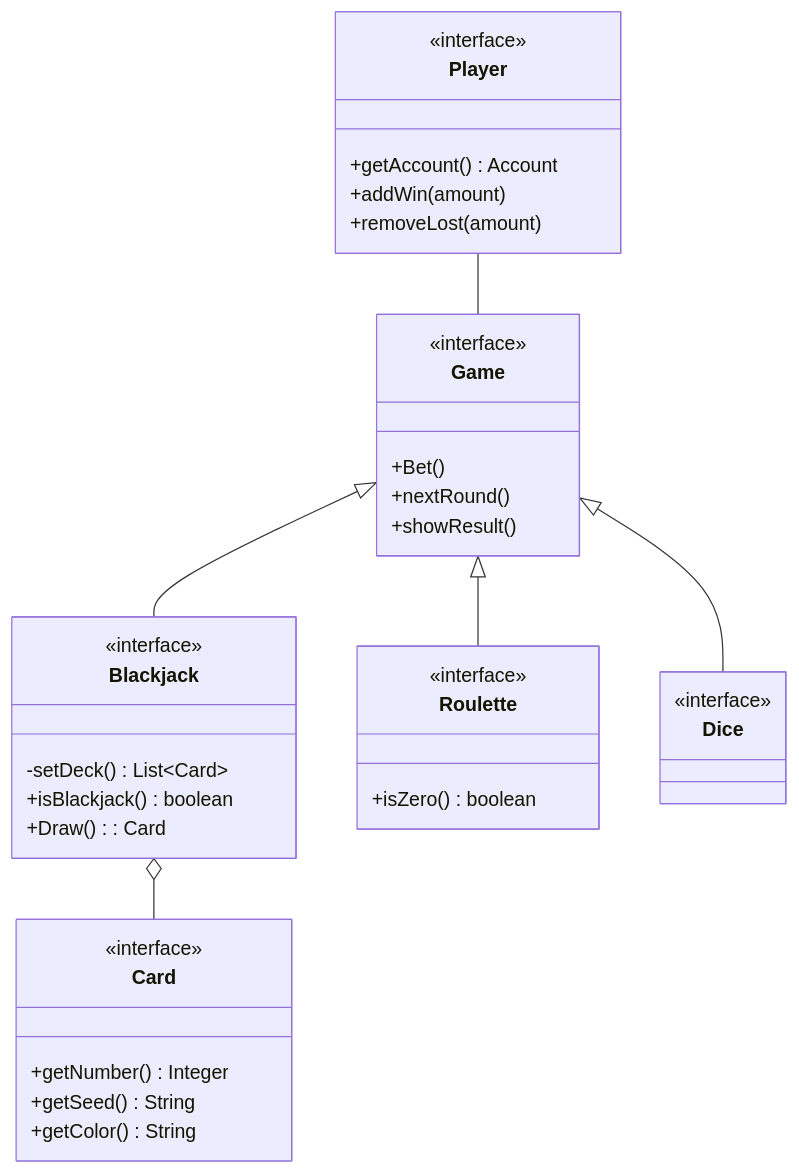
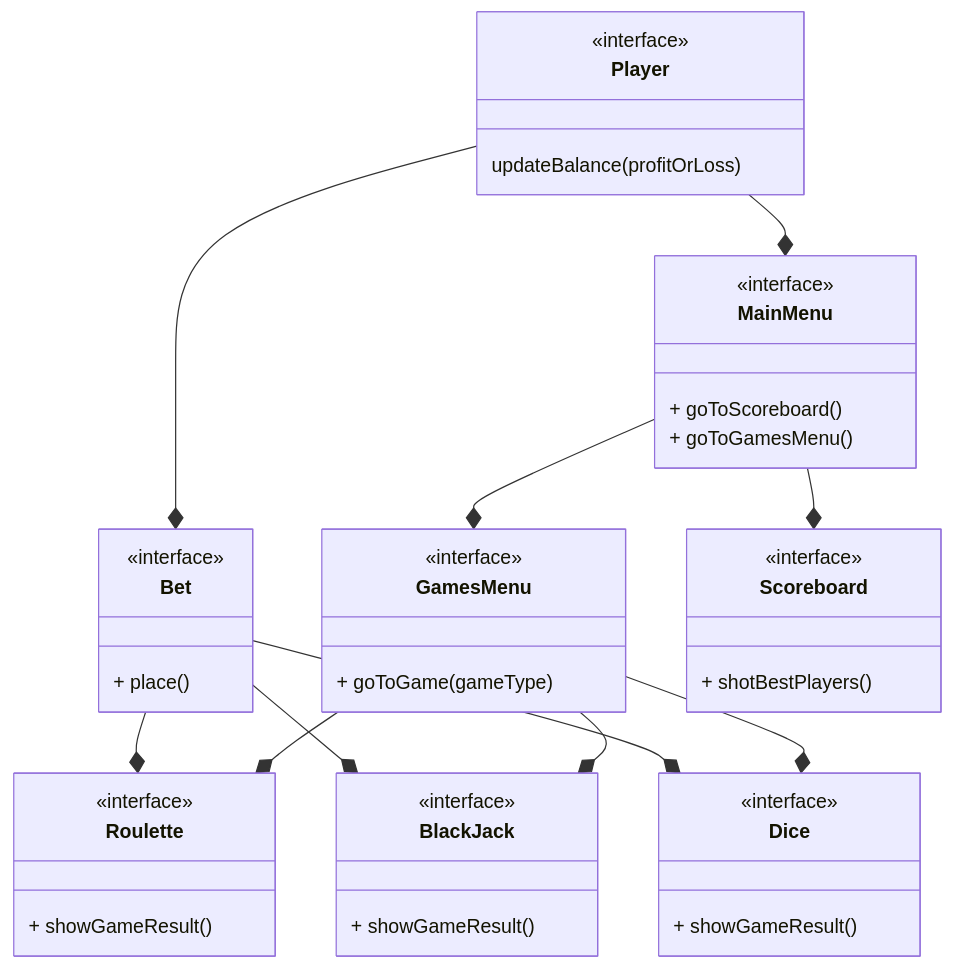
One commit to MatteoCalvanico/pss23-Calvanico-Monti-Ghinelli-VirtualCasino changed the first of 4 diagrams in Relazione.md. Above: the diagram before and after it, drawn with Mermaid. The commit also changed other lines of this file, not shown here.

````diff
--- a/Relazione.md
+++ b/Relazione.md
@@ -34,47 +46,55 @@
 ```mermaid
+classDiagram
 
-classDiagram
+class MainMenu {
+  + goToScoreboard()
+  + goToGamesMenu()
+}
+<<interface>> MainMenu
+
 class Player {
-    +getAccount() Account
-    +addWin(amount)
-    +removeLost(amount)
+    updateBalance(profitOrLoss)
 }
 <<interface>> Player
 
-class Game {
-    +Bet()
-    +nextRound()
-    +showResult()    
+class GamesMenu {
+  + goToGame(gameType)
 }
-<<interface>> Game
+<<interface>> GamesMenu
 
-class Blackjack {
-    -setDeck() List~Card~
-    +isBlackjack() boolean
-    +Draw(): Card
+class Bet {
+  + place()
 }
-<<interface>> Blackjack
+<<interface>> Bet
 
-class Card {
-    +getNumber() Integer
-    +getSeed() String
-    +getColor() String
+class BlackJack {
+  + showGameResult()
 }
-<<interface>> Card
+<<interface>> BlackJack
 
 class Roulette {
-    +isZero() boolean 
+  + showGameResult()
 }
 <<interface>> Roulette
 
 class Dice {
-    
+  + showGameResult()
 }
 <<interface>> Dice
 
-Player -- Game
-Game <|-- Blackjack
-Game <|-- Roulette
-Game <|-- Dice
-Blackjack o-- Card
+class Scoreboard {
+  + shotBestPlayers()
+}
+<<interface>> Scoreboard
+
+Player --* Bet
+Player --* MainMenu
+MainMenu --* GamesMenu
+MainMenu --* Scoreboard
+Bet --* Roulette
+Bet --* BlackJack
+Bet --* Dice
+GamesMenu --* Roulette
+GamesMenu --* BlackJack
+GamesMenu --* Dice
 ```
````
